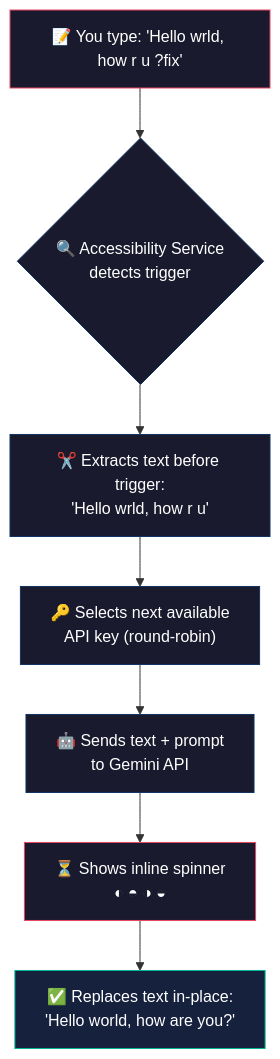
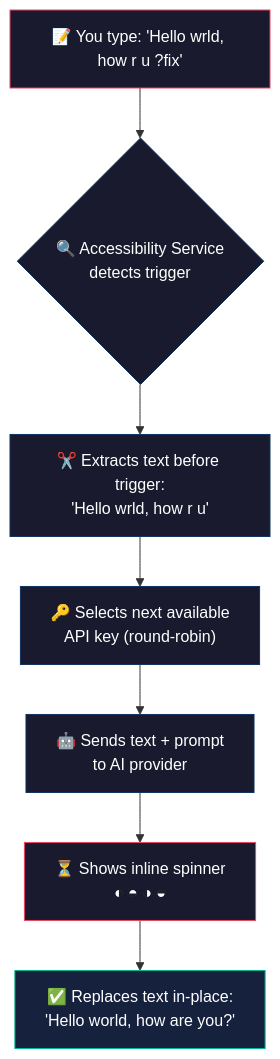
Before and after one commit to alzimerahmed/OmniType---AI-text-assistant-app: the diagram in README.md, drawn with Mermaid. The commit also changed other lines of this file, not shown here.

First line of the commit message:
Update README to document custom model provider support

````diff
--- a/README.md
+++ b/README.md
@@ -219,17 +219,17 @@
 ```mermaid
 flowchart TD
     A["📝 You type: 'Hello wrld, how r u ?fix'"] --> B{"🔍 Accessibility Service\ndetects trigger"}
     B --> C["✂️ Extracts text before trigger:\n'Hello wrld, how r u'"]
     C --> D["🔑 Selects next available\nAPI key (round-robin)"]
-    D --> E["🤖 Sends text + prompt\nto Gemini API"]
+    D --> E["🤖 Sends text + prompt\nto AI provider"]
     E --> F["⏳ Shows inline spinner\n◐ ◓ ◑ ◒"]
     F --> G["✅ Replaces text in-place:\n'Hello world, how are you?'"]
 
     style A fill:#1a1a2e,stroke:#e94560,color:#fff
     style B fill:#1a1a2e,stroke:#0f3460,color:#fff
     style C fill:#1a1a2e,stroke:#0f3460,color:#fff
     style D fill:#1a1a2e,stroke:#0f3460,color:#fff
     style E fill:#1a1a2e,stroke:#0f3460,color:#fff
     style F fill:#1a1a2e,stroke:#e94560,color:#fff
     style G fill:#16213e,stroke:#00b894,color:#fff
 ```
````
